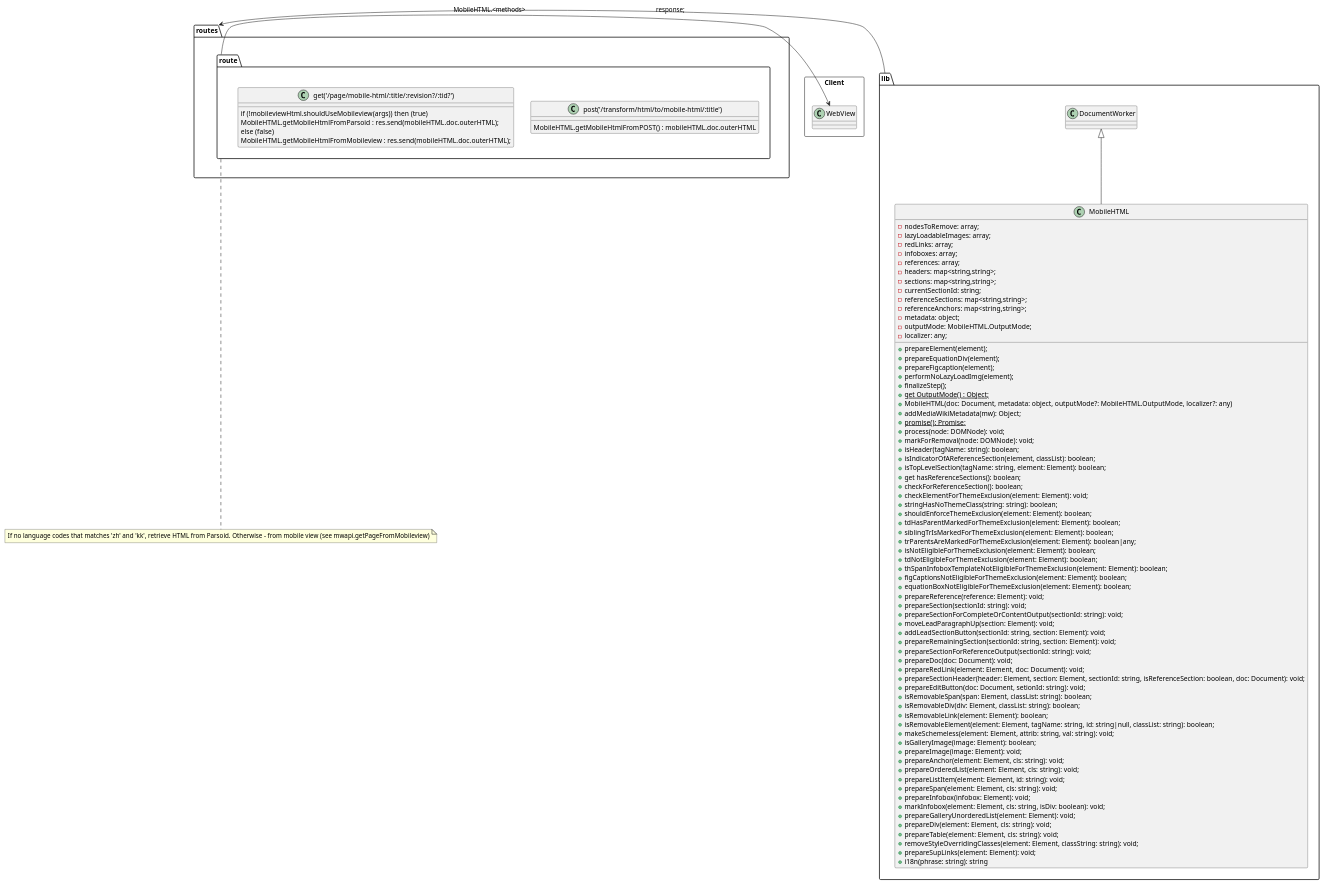
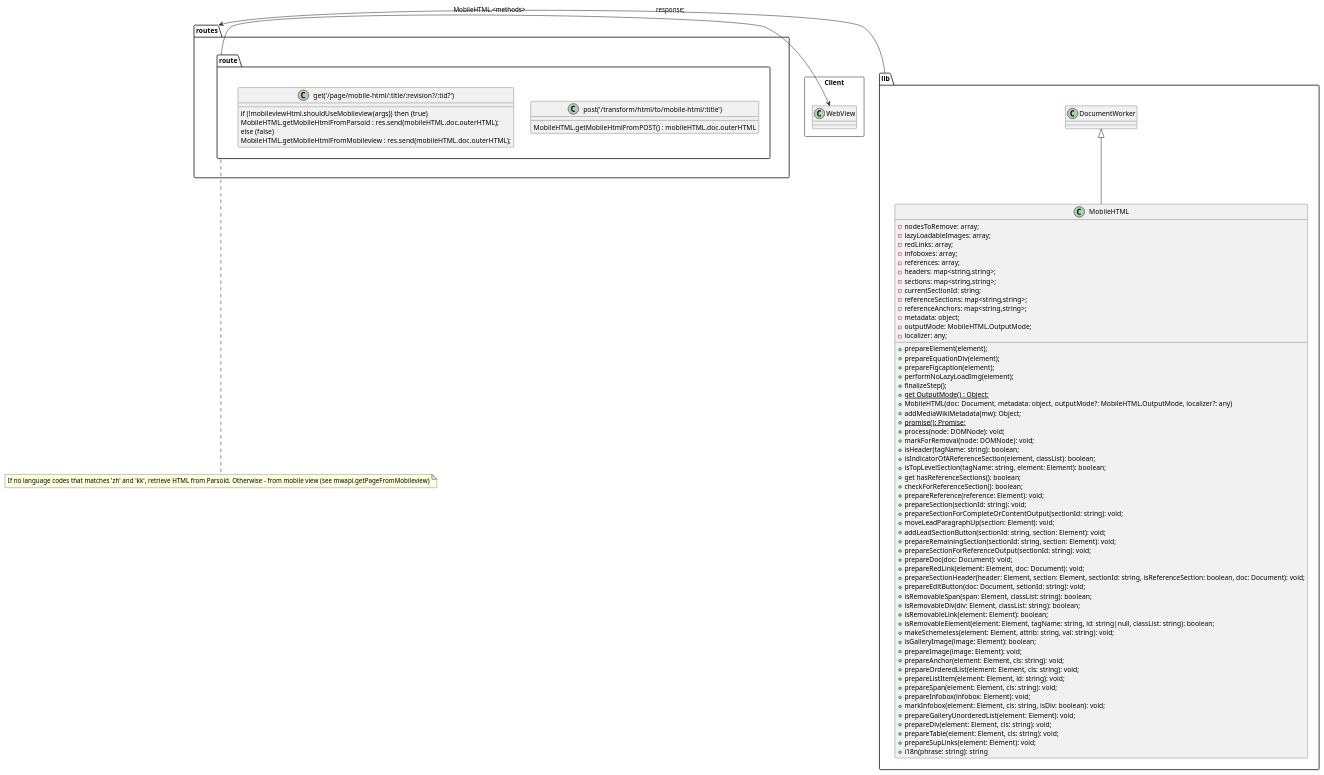
One commit to wikimedia/mediawiki-services-mobileapps changed the diagram in docs/uml/mobile-html-class.puml. Above: the diagram before and after it, drawn with PlantUML. The commit also changed 57 other files, not shown here.

```diff
--- a/docs/uml/mobile-html-class.puml
+++ b/docs/uml/mobile-html-class.puml
@@ -1,100 +1,88 @@
 @startuml
 
 package lib {
     class MobileHTML extends DocumentWorker {
     + prepareElement(element);
     + prepareEquationDiv(element);
     + prepareFigcaption(element);
     + performNoLazyLoadImg(element);
     + finalizeStep();
     + {static} get OutputMode() : Object;
     - nodesToRemove: array;
     - lazyLoadableImages: array;
     - redLinks: array;
     - infoboxes: array;
     - references: array;
     - headers: map<string,string>;
     - sections: map<string,string>;
     - currentSectionId: string;
     - referenceSections: map<string,string>;
     - referenceAnchors: map<string,string>;
     - metadata: object;
     - outputMode: MobileHTML.OutputMode;
     - localizer: any;
     + MobileHTML(doc: Document, metadata: object, outputMode?: MobileHTML.OutputMode, localizer?: any)
     + addMediaWikiMetadata(mw): Object;
     + {static} promise(): Promise;
     + process(node: DOMNode): void;
     + markForRemoval(node: DOMNode): void;
     + isHeader(tagName: string): boolean;
     + isIndicatorOfAReferenceSection(element, classList): boolean;
     + isTopLevelSection(tagName: string, element: Element): boolean;
     + get hasReferenceSections(): boolean;
     + checkForReferenceSection(): boolean;
-    + checkElementForThemeExclusion(element: Element): void;
-    + stringHasNoThemeClass(string: string): boolean;
-    + shouldEnforceThemeExclusion(element: Element): boolean;
-    + tdHasParentMarkedForThemeExclusion(element: Element): boolean;
-    + siblingTrIsMarkedForThemeExclusion(element: Element): boolean;
-    + trParentsAreMarkedForThemeExclusion(element: Element): boolean|any;
-    + isNotEligibleForThemeExclusion(element: Element): boolean;
-    + tdNotEligibleForThemeExclusion(element: Element): boolean;
-    + thSpanInfoboxTemplateNotEligibleForThemeExclusion(element: Element): boolean;
-    + figCaptionsNotEligibleForThemeExclusion(element: Element): boolean;
-    + equationBoxNotEligibleForThemeExclusion(element: Element): boolean;
     + prepareReference(reference: Element): void;
     + prepareSection(sectionId: string): void;
     + prepareSectionForCompleteOrContentOutput(sectionId: string): void;
     + moveLeadParagraphUp(section: Element): void;
     + addLeadSectionButton(sectionId: string, section: Element): void;
     + prepareRemainingSection(sectionId: string, section: Element): void;
     + prepareSectionForReferenceOutput(sectionId: string): void;
     + prepareDoc(doc: Document): void;
     + prepareRedLink(element: Element, doc: Document): void;
     + prepareSectionHeader(header: Element, section: Element, sectionId: string, isReferenceSection: boolean, doc: Document): void;
     + prepareEditButton(doc: Document, setionId: string): void;
     + isRemovableSpan(span: Element, classList: string): boolean;
     + isRemovableDiv(div: Element, classList: string): boolean;
     + isRemovableLink(element: Element): boolean;
     + isRemovableElement(element: Element, tagName: string, id: string|null, classList: string): boolean;
     + makeSchemeless(element: Element, attrib: string, val: string): void;
     + isGalleryImage(image: Element): boolean;
     + prepareImage(image: Element): void;
     + prepareAnchor(element: Element, cls: string): void;
     + prepareOrderedList(element: Element, cls: string): void;
     + prepareListItem(element: Element, id: string): void;
     + prepareSpan(element: Element, cls: string): void;
     + prepareInfobox(infobox: Element): void;
     + markInfobox(element: Element, cls: string, isDiv: boolean): void;
     + prepareGalleryUnorderedList(element: Element): void;
     + prepareDiv(element: Element, cls: string): void;
     + prepareTable(element: Element, cls: string): void;
-    + removeStyleOverridingClasses(element: Element, classString: string): void;
     + prepareSupLinks(element: Element): void;
     + i18n(phrase: string): string
     }
 }
 
 package routes {
  class route.post('/transform/html/to/mobile-html/:title') {
    MobileHTML.getMobileHtmlFromPOST() : mobileHTML.doc.outerHTML
  }
  class route.get('/page/mobile-html/:title/:revision?/:tid?') {
   if (!mobileviewHtml.shouldUseMobileview(args)) then (true)
     MobileHTML.getMobileHtmlFromParsoid : res.send(mobileHTML.doc.outerHTML);
   else (false)
     MobileHTML.getMobileHtmlFromMobileview : res.send(mobileHTML.doc.outerHTML);
  }
 }
 
 note bottom of route
   If no language codes that matches 'zh' and 'kk', retrieve HTML from Parsoid. Otherwise - from mobile view (see mwapi.getPageFromMobileview)
 end note
 
 package Client <<Rectangle>> {
  route -> WebView : response;
 }
 
 lib -> routes : MobileHTML.<methods>
 
 @enduml
```
